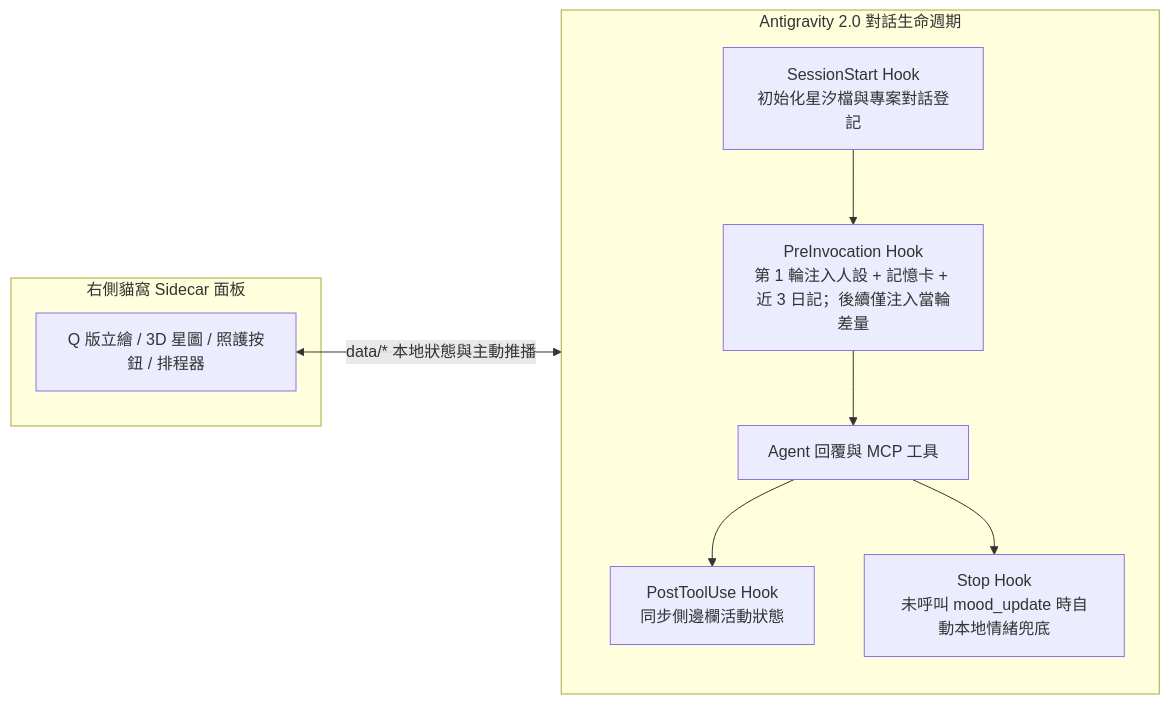
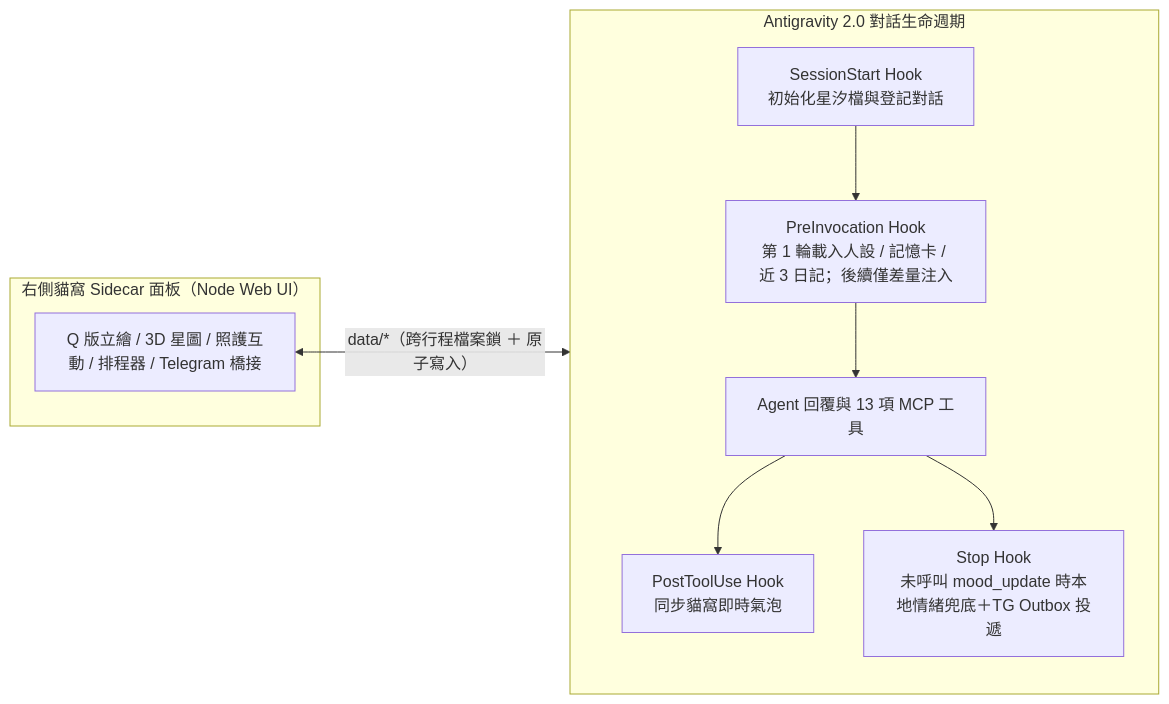
The diagram in README.md (Xuan52766/agy-gemini-chan), drawn with Mermaid before and after one commit. The commit also changed other lines of this file and 9 other files, not shown here.

````diff
--- a/README.md
+++ b/README.md
@@ -126,13 +190,13 @@
 ```mermaid
 flowchart LR
   subgraph Antigravity["Antigravity 2.0 對話生命週期"]
-    SS["SessionStart Hook<br/>初始化星汐檔與專案對話登記"] --> PI["PreInvocation Hook<br/>第 1 輪注入人設 + 記憶卡 + 近 3 日記；後續僅注入當輪差量"]
-    PI --> LLM["Agent 回覆與 MCP 工具"]
-    LLM --> PT["PostToolUse Hook<br/>同步側邊欄活動狀態"]
-    LLM --> ST["Stop Hook<br/>未呼叫 mood_update 時自動本地情緒兜底"]
+    SS["SessionStart Hook<br/>初始化星汐檔與登記對話"] --> PI["PreInvocation Hook<br/>第 1 輪載入人設 / 記憶卡 / 近 3 日記；後續僅差量注入"]
+    PI --> LLM["Agent 回覆與 13 項 MCP 工具"]
+    LLM --> PT["PostToolUse Hook<br/>同步貓窩即時氣泡"]
+    LLM --> ST["Stop Hook<br/>未呼叫 mood_update 時本地情緒兜底＋TG Outbox 投遞"]
   end
-  subgraph Sidecar["右側貓窩 Sidecar 面板"]
-    UI["Q 版立繪 / 3D 星圖 / 照護按鈕 / 排程器"]
+  subgraph Sidecar["右側貓窩 Sidecar 面板（Node Web UI）"]
+    UI["Q 版立繪 / 3D 星圖 / 照護互動 / 排程器 / Telegram 橋接"]
   end
-  UI <-->|"data/* 本地狀態與主動推播"| Antigravity
+  UI <-->|"data/*（跨行程檔案鎖 ＋ 原子寫入）"| Antigravity
 ```
````
